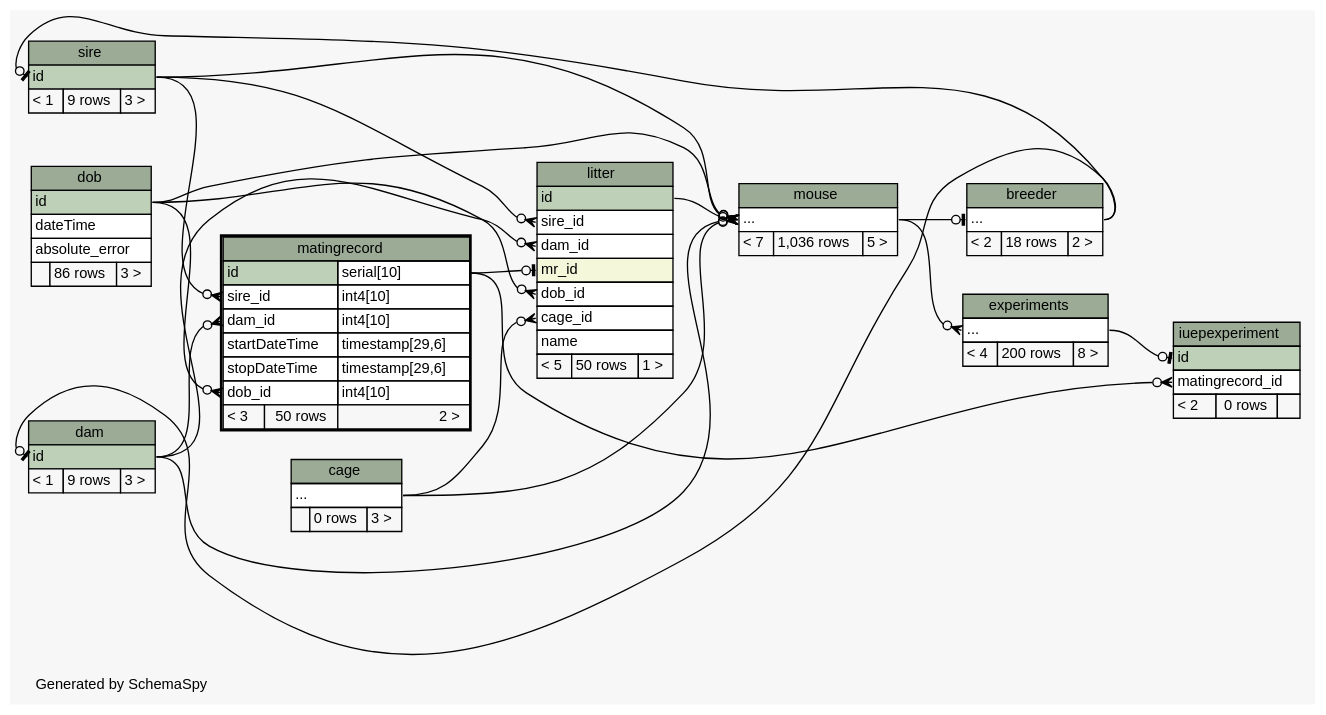
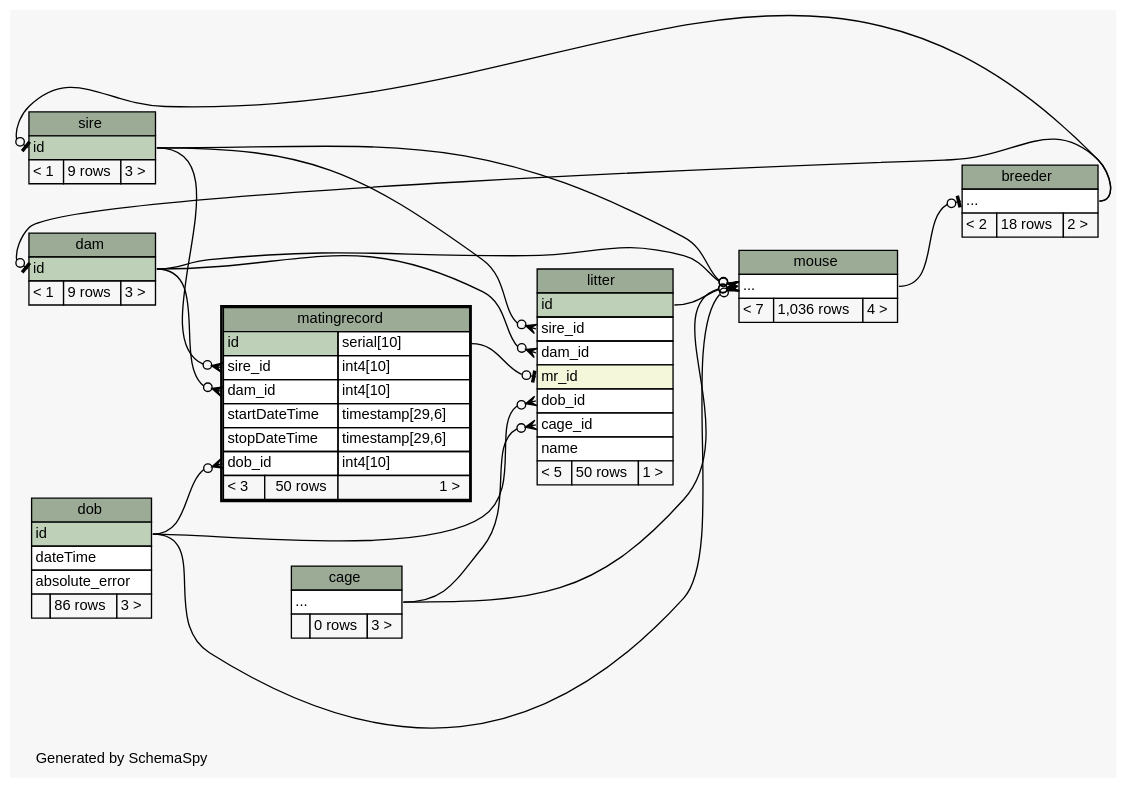
One commit to tgbugs/mlab changed the diagram in database/ss/diagrams/matingrecord.2degrees.dot. Above: the diagram before and after it, drawn with Graphviz. The commit also changed 185 other files, not shown here.

```diff
--- a/database/ss/diagrams/matingrecord.2degrees.dot
+++ b/database/ss/diagrams/matingrecord.2degrees.dot
@@ -1,155 +1,131 @@
 // dot 2.32.0 on Windows 7 6.1
 // SchemaSpy rev 590
 digraph "twoDegreesRelationshipsDiagram" {
   graph [
     rankdir="RL"
     bgcolor="#f7f7f7"
     label="\nGenerated by SchemaSpy"
     labeljust="l"
     nodesep="0.18"
     ranksep="0.46"
     fontname="Helvetica"
     fontsize="11"
   ];
   node [
     fontname="Helvetica"
     fontsize="11"
     shape="plaintext"
   ];
   edge [
     arrowsize="0.8"
   ];
   "breeder":"elipses":w -> "mouse":"elipses":e [arrowhead=none dir=back arrowtail=teeodot];
   "dam":"id":w -> "breeder":"elipses":e [arrowhead=none dir=back arrowtail=teeodot];
-  "experiments":"elipses":w -> "mouse":"elipses":e [arrowhead=none dir=back arrowtail=crowodot];
-  "iuepexperiment":"id":w -> "experiments":"elipses":e [arrowhead=none dir=back arrowtail=teeodot];
-  "iuepexperiment":"matingrecord_id":w -> "matingrecord":"id.type":e [arrowhead=none dir=back arrowtail=crowodot];
   "litter":"cage_id":w -> "cage":"elipses":e [arrowhead=none dir=back arrowtail=crowodot];
   "litter":"dam_id":w -> "dam":"id":e [arrowhead=none dir=back arrowtail=crowodot];
   "litter":"dob_id":w -> "dob":"id":e [arrowhead=none dir=back arrowtail=crowodot];
   "litter":"mr_id":w -> "matingrecord":"id.type":e [arrowhead=none dir=back arrowtail=teeodot];
   "litter":"sire_id":w -> "sire":"id":e [arrowhead=none dir=back arrowtail=crowodot];
   "matingrecord":"dam_id":w -> "dam":"id":e [arrowhead=none dir=back arrowtail=crowodot];
   "matingrecord":"dob_id":w -> "dob":"id":e [arrowhead=none dir=back arrowtail=crowodot];
   "matingrecord":"sire_id":w -> "sire":"id":e [arrowhead=none dir=back arrowtail=crowodot];
   "mouse":"elipses":w -> "cage":"elipses":e [arrowhead=none dir=back arrowtail=crowodot];
   "mouse":"elipses":w -> "dam":"id":e [arrowhead=none dir=back arrowtail=crowodot];
   "mouse":"elipses":w -> "dob":"id":e [arrowhead=none dir=back arrowtail=crowodot];
   "mouse":"elipses":w -> "litter":"id":e [arrowhead=none dir=back arrowtail=crowodot];
   "mouse":"elipses":w -> "sire":"id":e [arrowhead=none dir=back arrowtail=crowodot];
   "sire":"id":w -> "breeder":"elipses":e [arrowhead=none dir=back arrowtail=teeodot];
   "breeder" [
     label=<
     <TABLE BORDER="0" CELLBORDER="1" CELLSPACING="0" BGCOLOR="#ffffff">
       <TR><TD COLSPAN="3" BGCOLOR="#9bab96" ALIGN="CENTER">breeder</TD></TR>
       <TR><TD PORT="elipses" COLSPAN="3" ALIGN="LEFT">...</TD></TR>
       <TR><TD ALIGN="LEFT" BGCOLOR="#f7f7f7">&lt; 2</TD><TD ALIGN="RIGHT" BGCOLOR="#f7f7f7">18 rows</TD><TD ALIGN="RIGHT" BGCOLOR="#f7f7f7">2 &gt;</TD></TR>
     </TABLE>>
     URL="breeder.html"
     tooltip="breeder"
   ];
   "cage" [
     label=<
     <TABLE BORDER="0" CELLBORDER="1" CELLSPACING="0" BGCOLOR="#ffffff">
       <TR><TD COLSPAN="3" BGCOLOR="#9bab96" ALIGN="CENTER">cage</TD></TR>
       <TR><TD PORT="elipses" COLSPAN="3" ALIGN="LEFT">...</TD></TR>
       <TR><TD ALIGN="LEFT" BGCOLOR="#f7f7f7">  </TD><TD ALIGN="RIGHT" BGCOLOR="#f7f7f7">0 rows</TD><TD ALIGN="RIGHT" BGCOLOR="#f7f7f7">3 &gt;</TD></TR>
     </TABLE>>
     URL="cage.html"
     tooltip="cage"
   ];
   "dam" [
     label=<
     <TABLE BORDER="0" CELLBORDER="1" CELLSPACING="0" BGCOLOR="#ffffff">
       <TR><TD COLSPAN="3" BGCOLOR="#9bab96" ALIGN="CENTER">dam</TD></TR>
       <TR><TD PORT="id" COLSPAN="3" BGCOLOR="#bed1b8" ALIGN="LEFT">id</TD></TR>
       <TR><TD ALIGN="LEFT" BGCOLOR="#f7f7f7">&lt; 1</TD><TD ALIGN="RIGHT" BGCOLOR="#f7f7f7">9 rows</TD><TD ALIGN="RIGHT" BGCOLOR="#f7f7f7">3 &gt;</TD></TR>
     </TABLE>>
     URL="dam.html"
     tooltip="dam"
   ];
   "dob" [
     label=<
     <TABLE BORDER="0" CELLBORDER="1" CELLSPACING="0" BGCOLOR="#ffffff">
       <TR><TD COLSPAN="3" BGCOLOR="#9bab96" ALIGN="CENTER">dob</TD></TR>
       <TR><TD PORT="id" COLSPAN="3" BGCOLOR="#bed1b8" ALIGN="LEFT">id</TD></TR>
       <TR><TD PORT="dateTime" COLSPAN="3" ALIGN="LEFT">dateTime</TD></TR>
       <TR><TD PORT="absolute_error" COLSPAN="3" ALIGN="LEFT">absolute_error</TD></TR>
       <TR><TD ALIGN="LEFT" BGCOLOR="#f7f7f7">  </TD><TD ALIGN="RIGHT" BGCOLOR="#f7f7f7">86 rows</TD><TD ALIGN="RIGHT" BGCOLOR="#f7f7f7">3 &gt;</TD></TR>
     </TABLE>>
     URL="dob.html"
     tooltip="dob"
   ];
-  "experiments" [
-    label=<
-    <TABLE BORDER="0" CELLBORDER="1" CELLSPACING="0" BGCOLOR="#ffffff">
-      <TR><TD COLSPAN="3" BGCOLOR="#9bab96" ALIGN="CENTER">experiments</TD></TR>
-      <TR><TD PORT="elipses" COLSPAN="3" ALIGN="LEFT">...</TD></TR>
-      <TR><TD ALIGN="LEFT" BGCOLOR="#f7f7f7">&lt; 4</TD><TD ALIGN="RIGHT" BGCOLOR="#f7f7f7">200 rows</TD><TD ALIGN="RIGHT" BGCOLOR="#f7f7f7">8 &gt;</TD></TR>
-    </TABLE>>
-    URL="experiments.html"
-    tooltip="experiments"
-  ];
-  "iuepexperiment" [
-    label=<
-    <TABLE BORDER="0" CELLBORDER="1" CELLSPACING="0" BGCOLOR="#ffffff">
-      <TR><TD COLSPAN="3" BGCOLOR="#9bab96" ALIGN="CENTER">iuepexperiment</TD></TR>
-      <TR><TD PORT="id" COLSPAN="3" BGCOLOR="#bed1b8" ALIGN="LEFT">id</TD></TR>
-      <TR><TD PORT="matingrecord_id" COLSPAN="3" ALIGN="LEFT">matingrecord_id</TD></TR>
-      <TR><TD ALIGN="LEFT" BGCOLOR="#f7f7f7">&lt; 2</TD><TD ALIGN="RIGHT" BGCOLOR="#f7f7f7">0 rows</TD><TD ALIGN="RIGHT" BGCOLOR="#f7f7f7">  </TD></TR>
-    </TABLE>>
-    URL="iuepexperiment.html"
-    tooltip="iuepexperiment"
-  ];
   "litter" [
     label=<
     <TABLE BORDER="0" CELLBORDER="1" CELLSPACING="0" BGCOLOR="#ffffff">
       <TR><TD COLSPAN="3" BGCOLOR="#9bab96" ALIGN="CENTER">litter</TD></TR>
       <TR><TD PORT="id" COLSPAN="3" BGCOLOR="#bed1b8" ALIGN="LEFT">id</TD></TR>
       <TR><TD PORT="sire_id" COLSPAN="3" ALIGN="LEFT">sire_id</TD></TR>
       <TR><TD PORT="dam_id" COLSPAN="3" ALIGN="LEFT">dam_id</TD></TR>
       <TR><TD PORT="mr_id" COLSPAN="3" BGCOLOR="#f4f7da" ALIGN="LEFT">mr_id</TD></TR>
       <TR><TD PORT="dob_id" COLSPAN="3" ALIGN="LEFT">dob_id</TD></TR>
       <TR><TD PORT="cage_id" COLSPAN="3" ALIGN="LEFT">cage_id</TD></TR>
       <TR><TD PORT="name" COLSPAN="3" ALIGN="LEFT">name</TD></TR>
       <TR><TD ALIGN="LEFT" BGCOLOR="#f7f7f7">&lt; 5</TD><TD ALIGN="RIGHT" BGCOLOR="#f7f7f7">50 rows</TD><TD ALIGN="RIGHT" BGCOLOR="#f7f7f7">1 &gt;</TD></TR>
     </TABLE>>
     URL="litter.html"
     tooltip="litter"
   ];
   "matingrecord" [
     label=<
     <TABLE BORDER="2" CELLBORDER="1" CELLSPACING="0" BGCOLOR="#ffffff">
       <TR><TD COLSPAN="3" BGCOLOR="#9bab96" ALIGN="CENTER">matingrecord</TD></TR>
       <TR><TD PORT="id" COLSPAN="2" BGCOLOR="#bed1b8" ALIGN="LEFT">id</TD><TD PORT="id.type" ALIGN="LEFT">serial[10]</TD></TR>
       <TR><TD PORT="sire_id" COLSPAN="2" ALIGN="LEFT">sire_id</TD><TD PORT="sire_id.type" ALIGN="LEFT">int4[10]</TD></TR>
       <TR><TD PORT="dam_id" COLSPAN="2" ALIGN="LEFT">dam_id</TD><TD PORT="dam_id.type" ALIGN="LEFT">int4[10]</TD></TR>
       <TR><TD PORT="startDateTime" COLSPAN="2" ALIGN="LEFT">startDateTime</TD><TD PORT="startDateTime.type" ALIGN="LEFT">timestamp[29,6]</TD></TR>
       <TR><TD PORT="stopDateTime" COLSPAN="2" ALIGN="LEFT">stopDateTime</TD><TD PORT="stopDateTime.type" ALIGN="LEFT">timestamp[29,6]</TD></TR>
       <TR><TD PORT="dob_id" COLSPAN="2" ALIGN="LEFT">dob_id</TD><TD PORT="dob_id.type" ALIGN="LEFT">int4[10]</TD></TR>
-      <TR><TD ALIGN="LEFT" BGCOLOR="#f7f7f7">&lt; 3</TD><TD ALIGN="RIGHT" BGCOLOR="#f7f7f7">50 rows</TD><TD ALIGN="RIGHT" BGCOLOR="#f7f7f7">2 &gt;</TD></TR>
+      <TR><TD ALIGN="LEFT" BGCOLOR="#f7f7f7">&lt; 3</TD><TD ALIGN="RIGHT" BGCOLOR="#f7f7f7">50 rows</TD><TD ALIGN="RIGHT" BGCOLOR="#f7f7f7">1 &gt;</TD></TR>
     </TABLE>>
     URL="matingrecord.html"
     tooltip="matingrecord"
   ];
   "mouse" [
     label=<
     <TABLE BORDER="0" CELLBORDER="1" CELLSPACING="0" BGCOLOR="#ffffff">
       <TR><TD COLSPAN="3" BGCOLOR="#9bab96" ALIGN="CENTER">mouse</TD></TR>
       <TR><TD PORT="elipses" COLSPAN="3" ALIGN="LEFT">...</TD></TR>
-      <TR><TD ALIGN="LEFT" BGCOLOR="#f7f7f7">&lt; 7</TD><TD ALIGN="RIGHT" BGCOLOR="#f7f7f7">1,036 rows</TD><TD ALIGN="RIGHT" BGCOLOR="#f7f7f7">5 &gt;</TD></TR>
+      <TR><TD ALIGN="LEFT" BGCOLOR="#f7f7f7">&lt; 7</TD><TD ALIGN="RIGHT" BGCOLOR="#f7f7f7">1,036 rows</TD><TD ALIGN="RIGHT" BGCOLOR="#f7f7f7">4 &gt;</TD></TR>
     </TABLE>>
     URL="mouse.html"
     tooltip="mouse"
   ];
   "sire" [
     label=<
     <TABLE BORDER="0" CELLBORDER="1" CELLSPACING="0" BGCOLOR="#ffffff">
       <TR><TD COLSPAN="3" BGCOLOR="#9bab96" ALIGN="CENTER">sire</TD></TR>
       <TR><TD PORT="id" COLSPAN="3" BGCOLOR="#bed1b8" ALIGN="LEFT">id</TD></TR>
       <TR><TD ALIGN="LEFT" BGCOLOR="#f7f7f7">&lt; 1</TD><TD ALIGN="RIGHT" BGCOLOR="#f7f7f7">9 rows</TD><TD ALIGN="RIGHT" BGCOLOR="#f7f7f7">3 &gt;</TD></TR>
     </TABLE>>
     URL="sire.html"
     tooltip="sire"
   ];
 }
```
